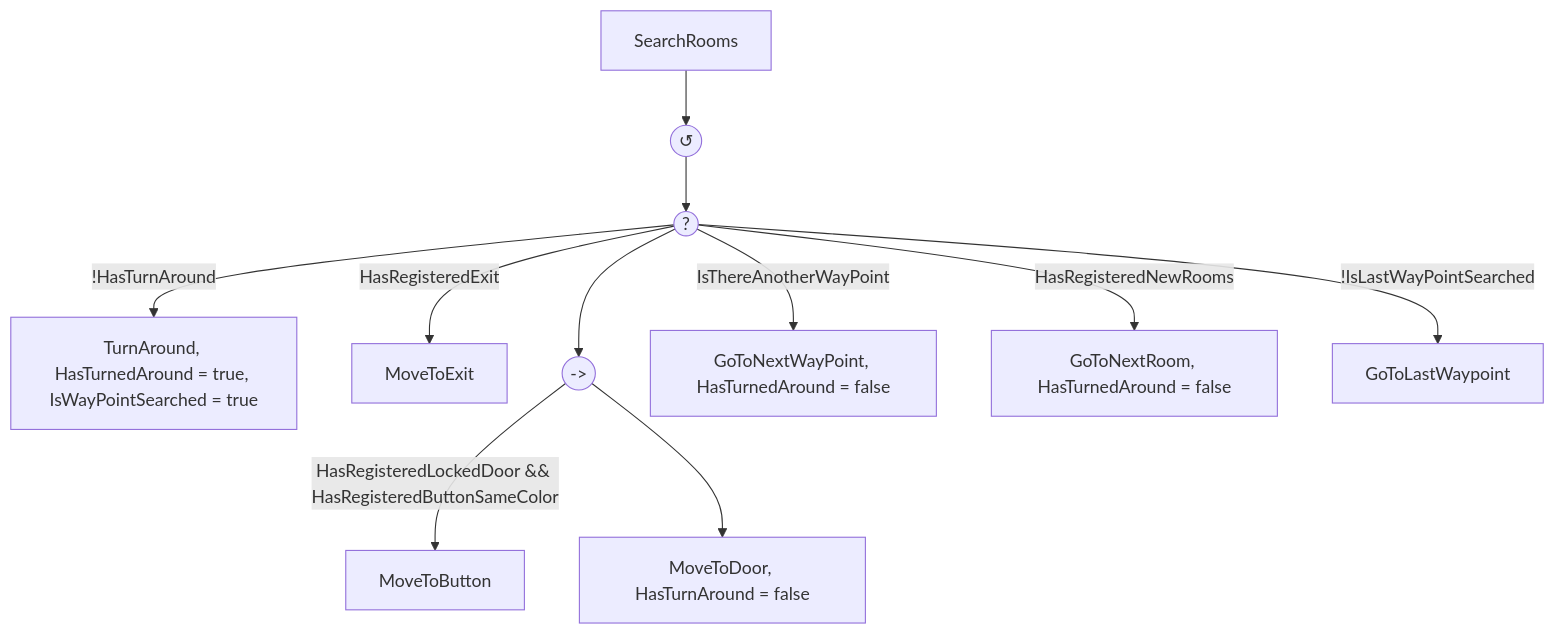
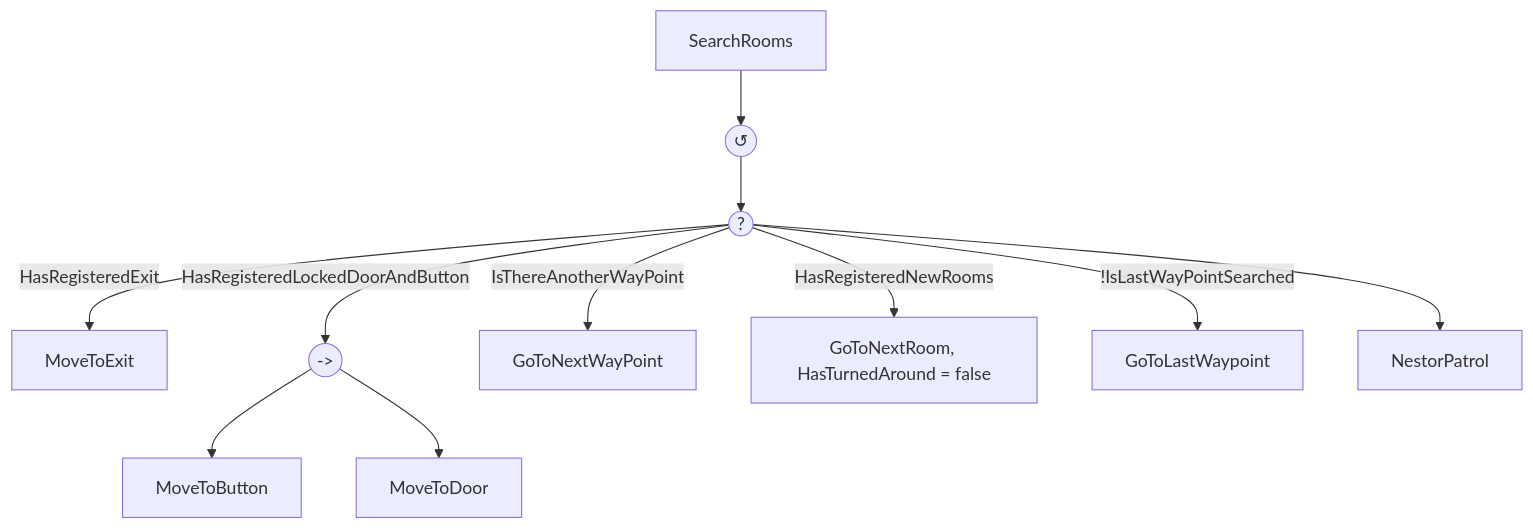
One commit to IAV24-G02/IAV24-G02-P3 changed the fourth of 4 diagrams in README.md. Above: the diagram before and after it, drawn with Mermaid. The commit also changed 12 other files, not shown here.

````diff
--- a/README.md
+++ b/README.md
@@ -151,13 +151,13 @@
 ```mermaid
 flowchart TD
     Z[SearchRooms] --> A
     A(("↺")) --> B((?))
-    B -->|!HasTurnAround| C[TurnAround, HasTurnedAround = true, IsWayPointSearched = true]
     B -->|HasRegisteredExit| D[MoveToExit]
-    B --> E(("->"))
-    E -->|HasRegisteredLockedDoor && HasRegisteredButtonSameColor| F[MoveToButton]
-    E --> G[MoveToDoor, HasTurnAround = false]
-    B -->|IsThereAnotherWayPoint| H[GoToNextWayPoint, HasTurnedAround = false]
+    B -->|HasRegisteredLockedDoorAndButton| F(("->"))
+    F --> E[MoveToButton]
+    F --> G[MoveToDoor]
+    B -->|IsThereAnotherWayPoint| H[GoToNextWayPoint]
     B -->|HasRegisteredNewRooms| I[GoToNextRoom, HasTurnedAround = false]
     B--> |!IsLastWayPointSearched| J[GoToLastWaypoint]
+    B --> C[NestorPatrol]
 ```
````
